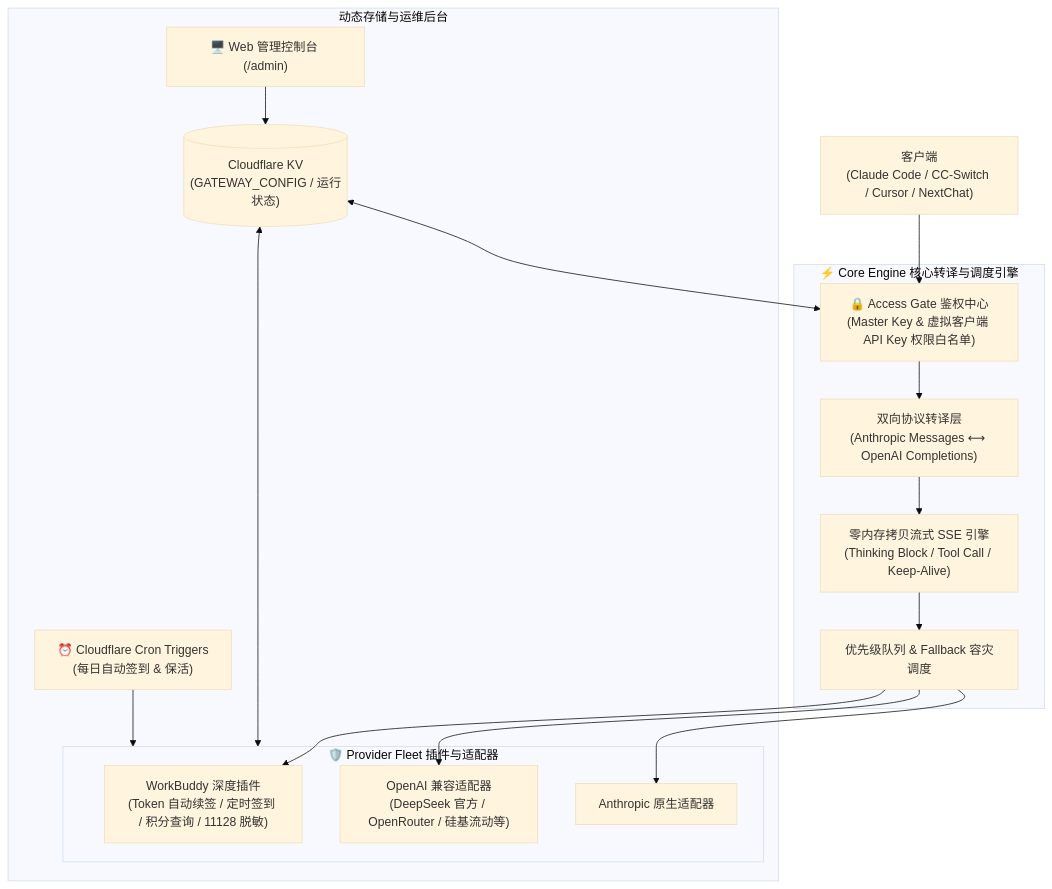
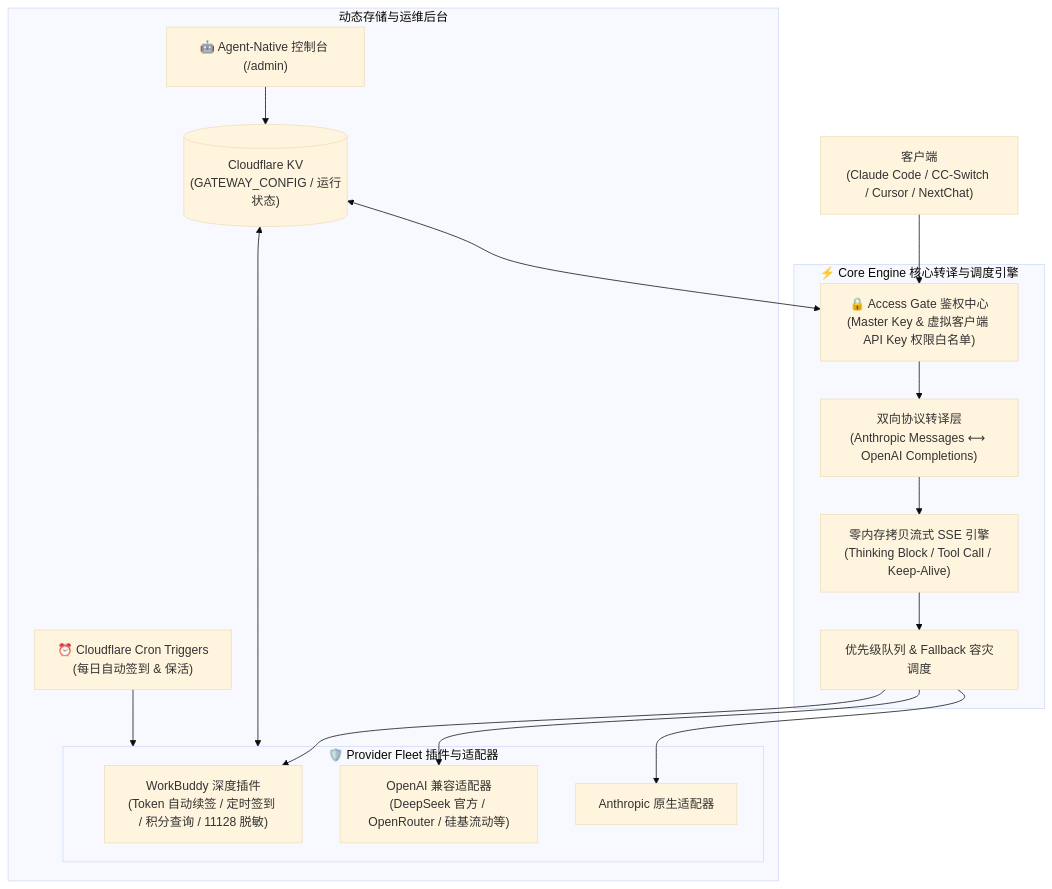
Before and after one commit to Ericsunsk/Universal-AI-Gateway: the diagram in README.md, drawn with Mermaid (base theme). The commit also changed other lines of this file and 2 other files, not shown here.

Commit message:
refactor: drop human HTML console, transition to Agent-Native self-describing API

````diff
--- a/README.md
+++ b/README.md
@@ -45,23 +45,23 @@
 ```mermaid
 flowchart TD
     Client["客户端<br/>(Claude Code / CC-Switch / Cursor / NextChat)"] --> Gate["🔒 Access Gate 鉴权中心<br/>(Master Key & 虚拟客户端 API Key 权限白名单)"]
     
     subgraph Engine ["⚡ Core Engine 核心转译与调度引擎"]
         Gate --> Trans["双向协议转译层<br/>(Anthropic Messages ⟷ OpenAI Completions)"]
         Trans --> Stream["零内存拷贝流式 SSE 引擎<br/>(Thinking Block / Tool Call / Keep-Alive)"]
         Stream --> Fallback["优先级队列 & Fallback 容灾调度"]
     end
     
     subgraph Fleet ["🛡️ Provider Fleet 插件与适配器"]
         Fallback --> P_WB["WorkBuddy 深度插件<br/>(Token 自动续签 / 定时签到 / 积分查询 / 11128 脱敏)"]
         Fallback --> P_OAI["OpenAI 兼容适配器<br/>(DeepSeek 官方 / OpenRouter / 硅基流动等)"]
         Fallback --> P_ANT["Anthropic 原生适配器"]
     end
     
     subgraph Storage ["动态存储与运维后台"]
         KV[("Cloudflare KV<br/>(GATEWAY_CONFIG / 运行状态)")] <--> Gate
         KV <--> Fleet
-        Admin["🖥️ Web 管理控制台 (/admin)"] --> KV
+        Admin["🤖 Agent-Native 控制台 (/admin)"] --> KV
         Cron["⏰ Cloudflare Cron Triggers<br/>(每日自动签到 & 保活)"] --> Fleet
     end
 ```
````
